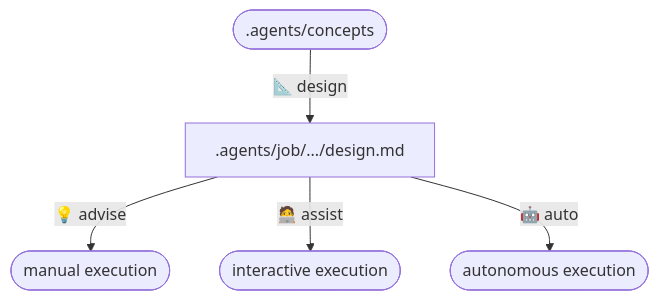
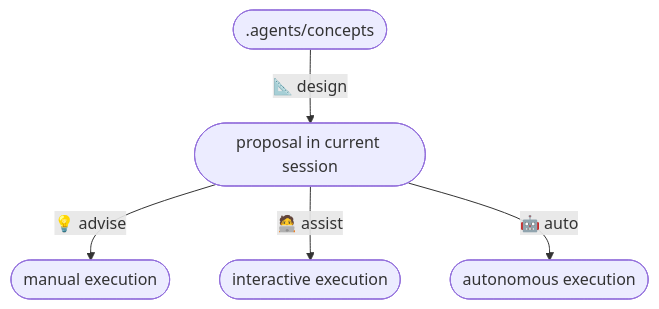
The diagram in docs/usage.md (ahumandev/autocode), drawn with Mermaid before and after one commit. The commit also changed other lines of this file and 25 other files, not shown here.

````diff
--- a/docs/usage.md
+++ b/docs/usage.md
@@ -16,10 +16,9 @@
 ```mermaid
 flowchart TD
   Concepts([.agents/concepts])
-  Concepts -- 📐 design --> Design[.agents/job/.../design.md]
-  
+  Concepts -- 📐 design --> Design([proposal in current session])
+
   Design -- 💡 advise --> Advise([manual execution])
   Design -- 🧑‍💻 assist --> Assist([interactive execution])
   Design -- 🤖 auto --> Auto([autonomous execution])
-  
 ```
````
